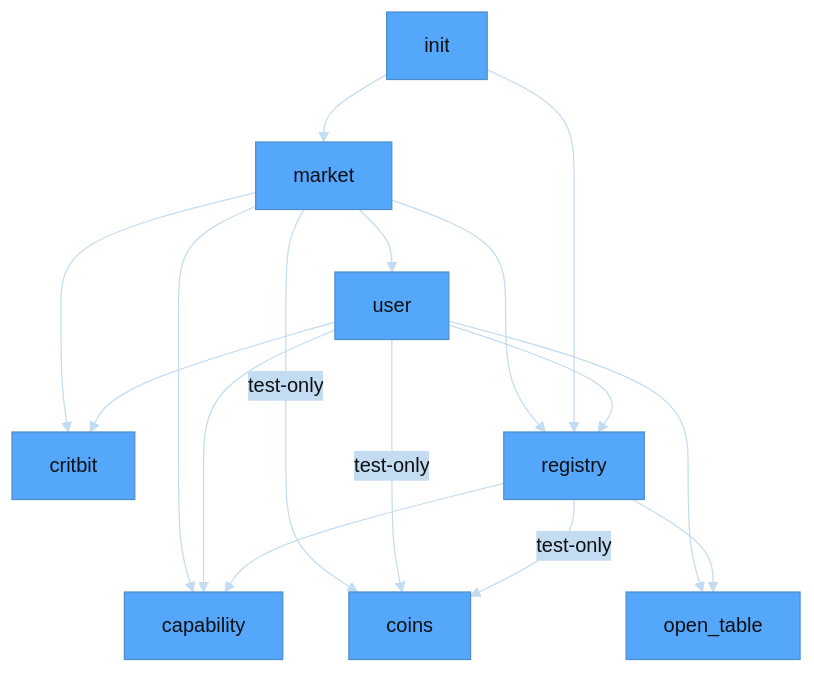
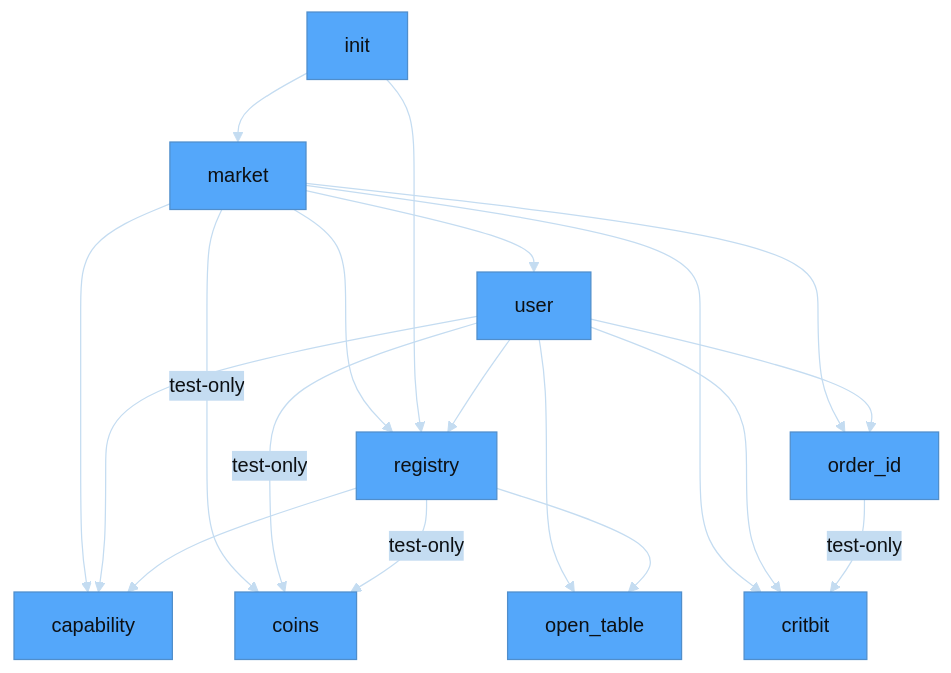
The diagram in doc/doc-site/modules.md (econia-labs/econia), drawn with Mermaid before and after one commit. The commit also changed 4 other files, not shown here.

Commit message:
Add order ID module, verify dependency chart

````diff
--- a/doc/doc-site/modules.md
+++ b/doc/doc-site/modules.md
@@ -16,23 +16,26 @@
 ```mermaid
 
 %%{init: {'theme': 'base', 'themeVariables': {'primaryColor': '#54a7fa', 'lineColor': '#c4dcf1', 'primaryTextColor': '#0d1013', 'secondaryColor': '#c4dcf1'}}}%%
 
 flowchart TD
 
     market --> critbit
     market --> registry
     market --> capability
     market --> |test-only| coins
     market --> user
+    market --> order_id
     init --> registry
     init --> market
     user --> capability
     user --> critbit
     user --> open_table
+    user --> order_id
     user --> registry
     user --> |test-only| coins
     registry --> capability
     registry --> |test-only| coins
     registry --> open_table
+    order_id --> |test-only| critbit
 
 ```
````
